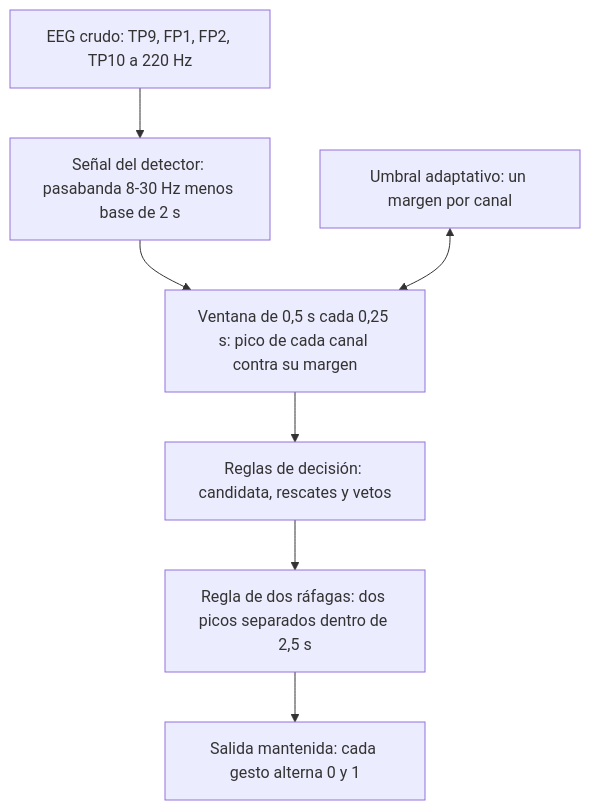
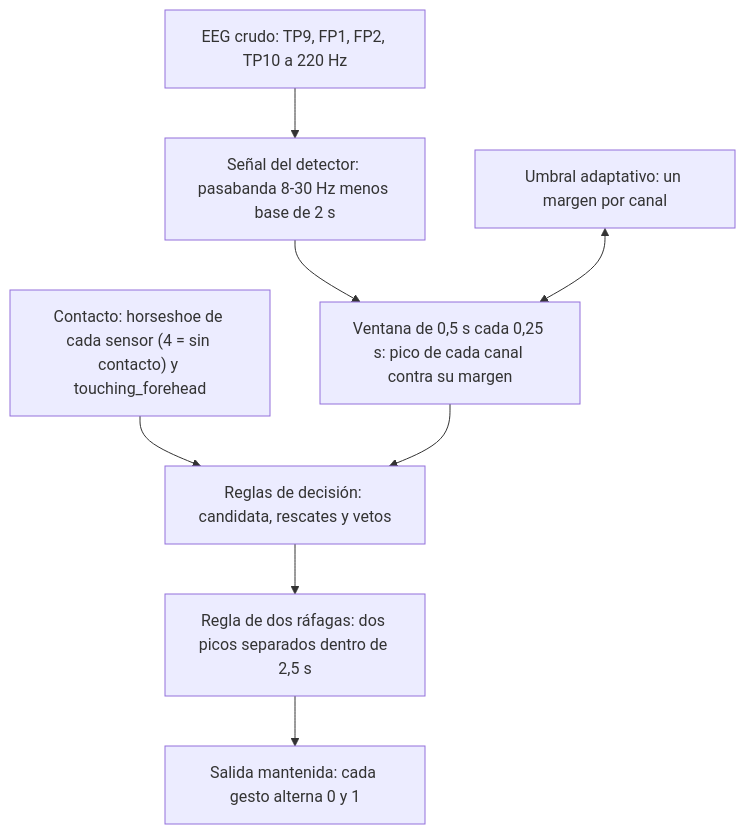
One commit to jorgeturi/Trabajo-Final changed the first of 2 diagrams in filtro/DIAGRAMA_FILTRO.md. Above: the diagram before and after it, drawn with Mermaid. The commit also changed other lines of this file and 12 other files, not shown here.

````diff
--- a/filtro/DIAGRAMA_FILTRO.md
+++ b/filtro/DIAGRAMA_FILTRO.md
@@ -7,9 +7,10 @@
 ```mermaid
 flowchart TD
     A["EEG crudo: TP9, FP1, FP2, TP10 a 220 Hz"] --> B["Señal del detector: pasabanda 8-30 Hz menos base de 2 s"]
     B --> C["Ventana de 0,5 s cada 0,25 s: pico de cada canal contra su margen"]
     U["Umbral adaptativo: un margen por canal"] <--> C
+    H["Contacto: horseshoe de cada sensor (4 = sin contacto) y touching_forehead"] --> D
     C --> D["Reglas de decisión: candidata, rescates y vetos"]
     D --> E["Regla de dos ráfagas: dos picos separados dentro de 2,5 s"]
     E --> F["Salida mantenida: cada gesto alterna 0 y 1"]
 ```
````
